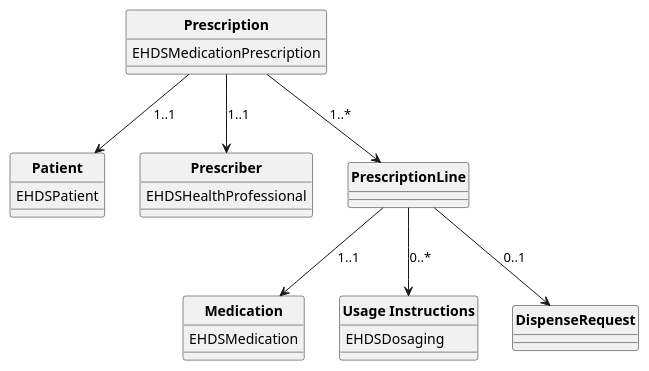
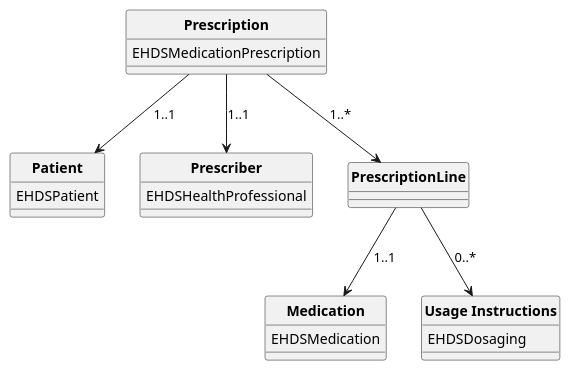
One commit to Xt-EHR/xt-ehr-common changed the diagram in input/images-source/prescription.plantuml. Above: the diagram before and after it, drawn with PlantUML. The commit also changed 1 other file, not shown here.

Commit message:
remove dispenseRequest

```diff
--- a/input/images-source/prescription.plantuml
+++ b/input/images-source/prescription.plantuml
@@ -1,45 +1,41 @@
 @startuml
 skinparam linetype polyline
 hide circle
 hide stereotype
 
 
 class "**Prescription**" as eP{
   EHDSMedicationPrescription 
 }
 
 eP --> Patient: "1..1"
 eP --> Prescriber: "1..1"
 eP --> Line: "1..*"
 
 class "**Prescriber**" as Prescriber{
   EHDSHealthProfessional   
   
 }
 
 class "**Patient**" as Patient{
   EHDSPatient   
 
 }
 
 class "**PrescriptionLine**" as Line{ 
 }
 
 Line --> Medication: "1..1"
 Line --> Dosage: "0..*"
-Line --> DispenseRequest: "0..1"
 
-class "**DispenseRequest**" as DispenseRequest{
-
-}
 
 class "**Usage Instructions**" as Dosage{
   EHDSDosaging   
  
 }
 
 class "**Medication**" as Medication{
   EHDSMedication
  
 }
 @enduml
```
